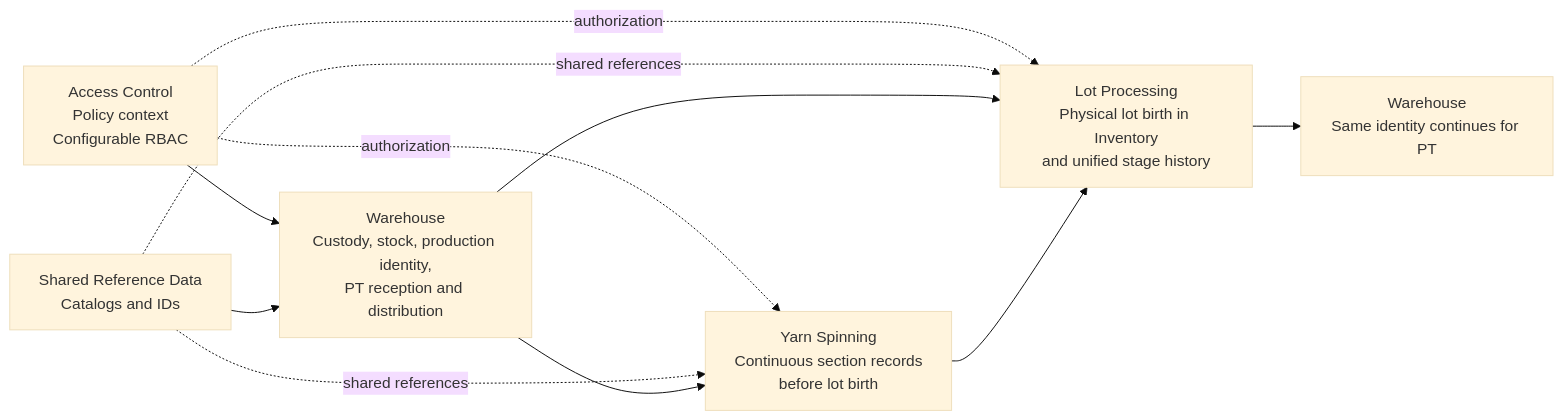
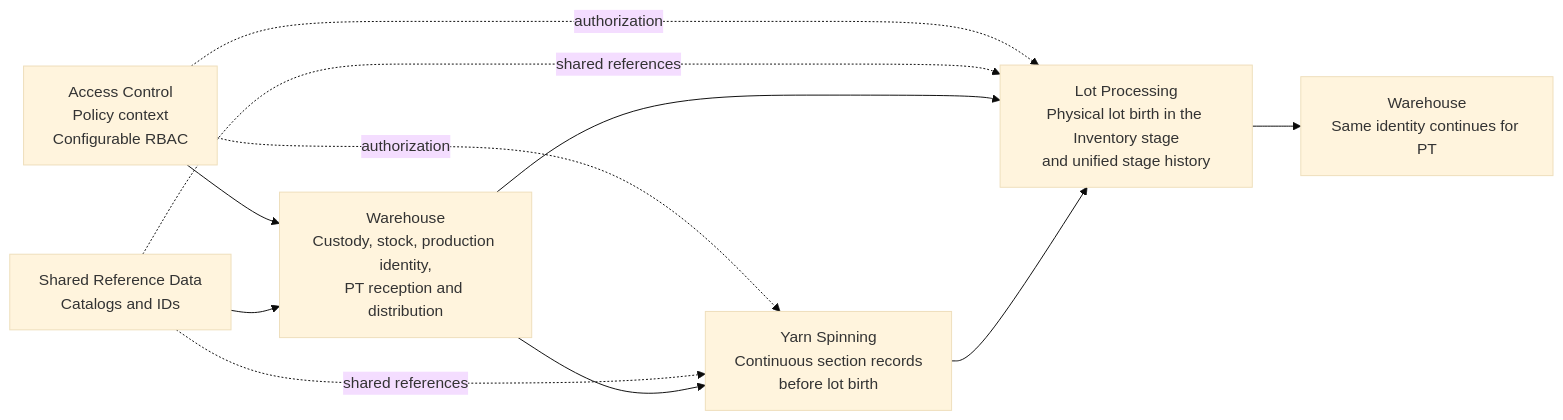
One commit to luiscm17/yarn-epr changed the second of 3 diagrams in docs/architecture/ARCHITECTURE.md. Above: the diagram before and after it, drawn with Mermaid (base theme). The commit also changed other lines of this file and 3 other files, not shown here.

Commit message:
docs(arch): align terminology with PRDs across architecture docs

````diff
--- a/docs/architecture/ARCHITECTURE.md
+++ b/docs/architecture/ARCHITECTURE.md
@@ -78,20 +78,20 @@
 ```mermaid
 flowchart LR
     AC[Access Control<br/>Policy context<br/>Configurable RBAC]
     SRD[Shared Reference Data<br/>Catalogs and IDs]
     W[Warehouse<br/>Custody, stock, production identity,<br/>PT reception and distribution]
     YS[Yarn Spinning<br/>Continuous section records<br/>before lot birth]
-    LP[Lot Processing<br/>Physical lot birth in Inventory<br/>and unified stage history]
+    LP[Lot Processing<br/>Physical lot birth in the Inventory stage<br/>and unified stage history]
     W2[Warehouse<br/>Same identity continues for PT]
 
     AC --> W
     AC -. authorization .-> YS
     AC -. authorization .-> LP
     SRD --> W
     SRD -. shared references .-> YS
     SRD -. shared references .-> LP
     W --> YS
     W --> LP
     YS --> LP
     LP --> W2
 ```
````
